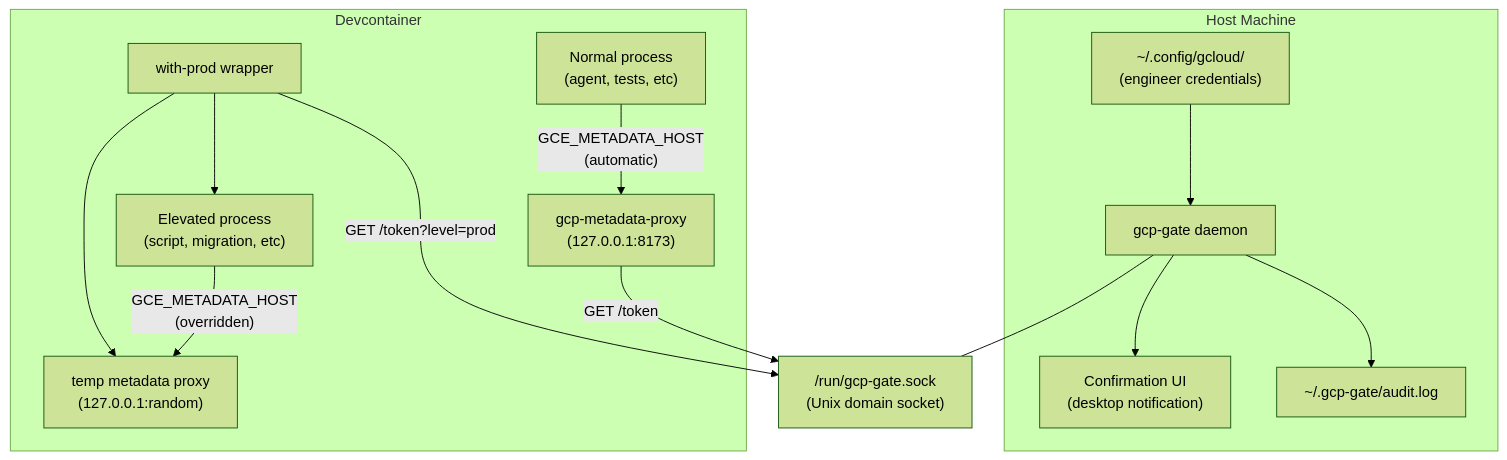
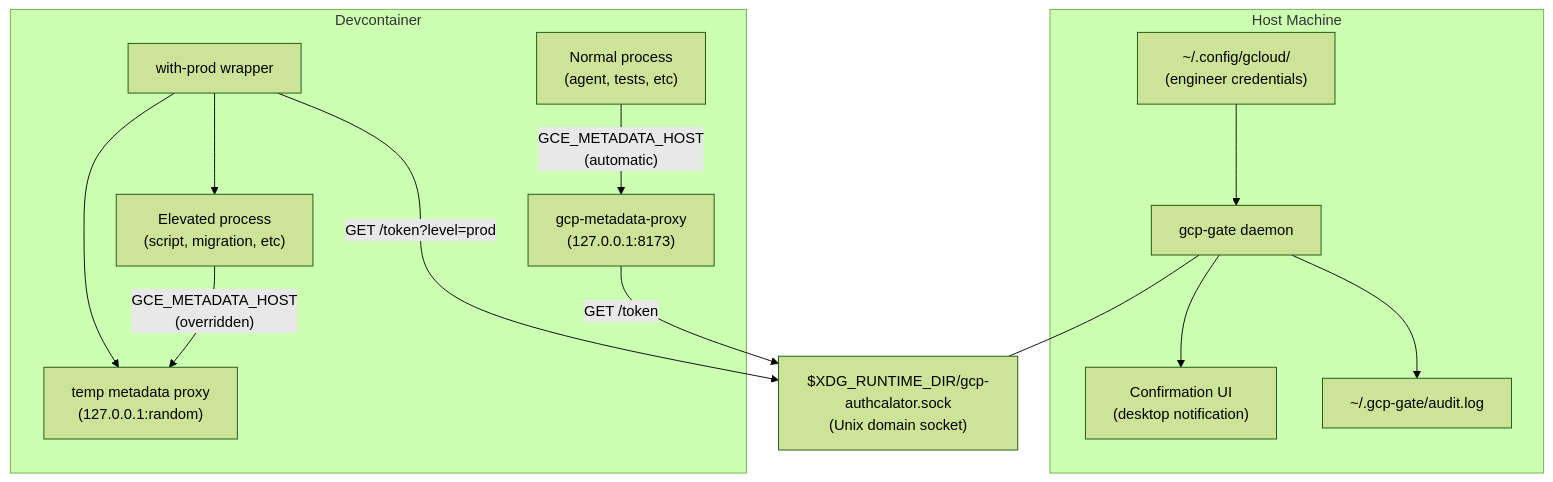
The diagram in SPEC.md (samn/gcp-authcalator), drawn with Mermaid (forest theme) before and after one commit. The commit also changed other lines of this file and 1 other file, not shown here.

````diff
--- a/SPEC.md
+++ b/SPEC.md
@@ -11,30 +13,30 @@
 ```mermaid
 graph TB
   subgraph host [Host Machine]
     creds["~/.config/gcloud/\n(engineer credentials)"]
     gate["gcp-gate daemon\n"]
     confirm["Confirmation UI\n(desktop notification)"]
     audit["~/.gcp-gate/audit.log"]
     creds --> gate
     gate --> confirm
     gate --> audit
   end
 
   subgraph container [Devcontainer]
     proxy["gcp-metadata-proxy\n(127.0.0.1:8173)"]
     withprod["with-prod wrapper"]
     tmpproxy["temp metadata proxy\n(127.0.0.1:random)"]
     app["Normal process\n(agent, tests, etc)"]
     elevated["Elevated process\n(script, migration, etc)"]
 
     app -->|"GCE_METADATA_HOST\n(automatic)"| proxy
     elevated -->|"GCE_METADATA_HOST\n(overridden)"| tmpproxy
     withprod --> tmpproxy
     withprod --> elevated
   end
 
-  socket["/run/gcp-gate.sock\n(Unix domain socket)"]
+  socket["$XDG_RUNTIME_DIR/gcp-authcalator.sock\n(Unix domain socket)"]
   gate --- socket
   proxy -->|"GET /token"| socket
   withprod -->|"GET /token?level=prod"| socket
 ```
````
